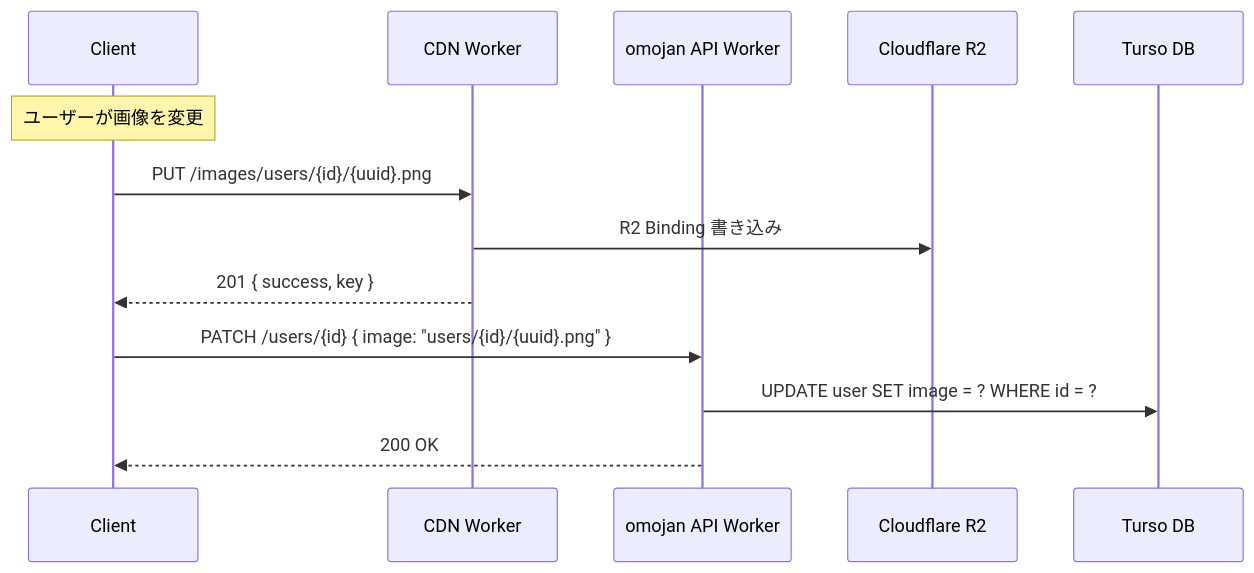
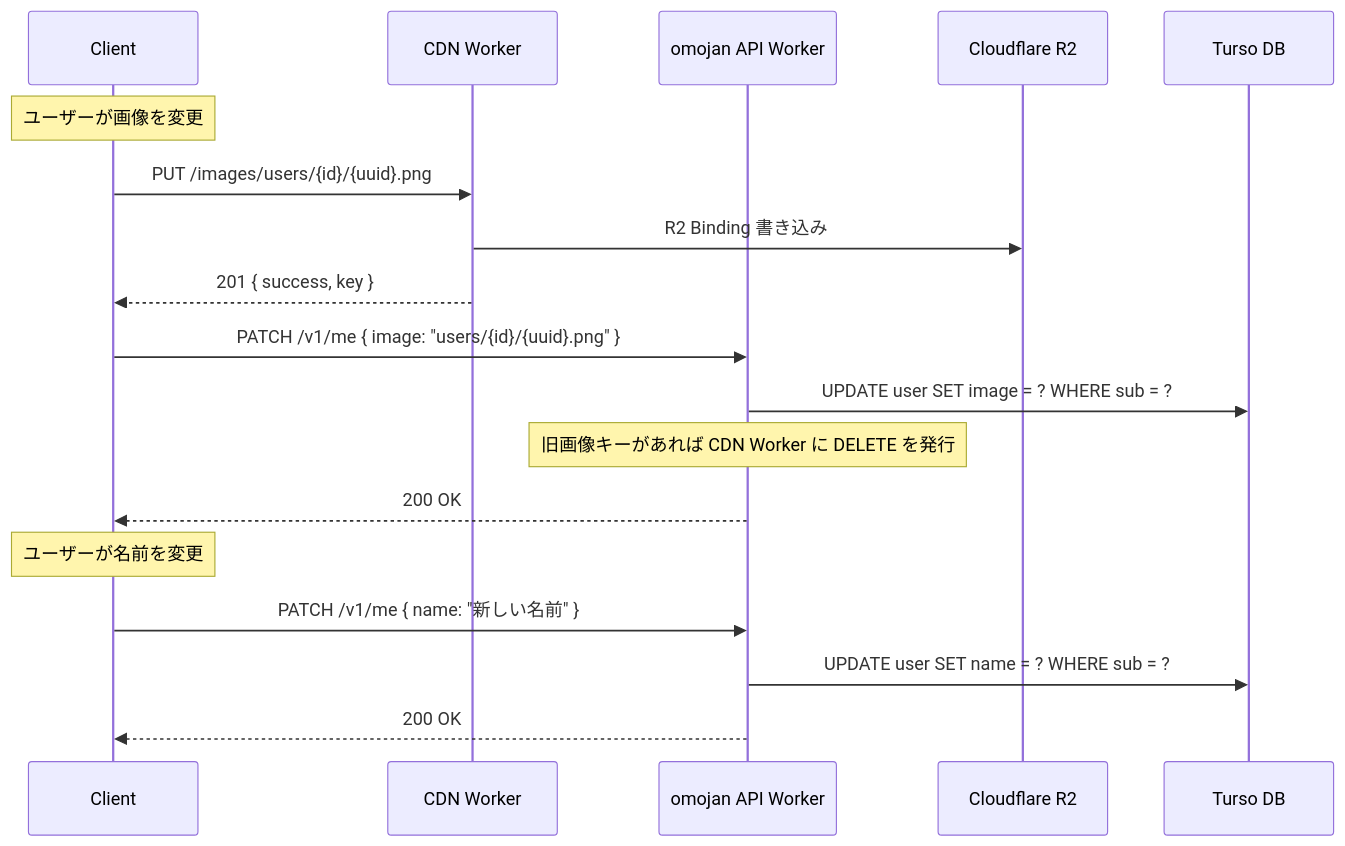
One commit to sendo-kakeru/omojan changed the second of 2 diagrams in docs/design-docs/image-infrastructure.md. Above: the diagram before and after it, drawn with Mermaid. The commit also changed other lines of this file and 8 other files, not shown here.

````diff
--- a/docs/design-docs/image-infrastructure.md
+++ b/docs/design-docs/image-infrastructure.md
@@ -368,18 +381,25 @@
 ```mermaid
 sequenceDiagram
     participant C as Client
     participant CDN as CDN Worker
     participant API as omojan API Worker
     participant R2 as Cloudflare R2
     participant DB as Turso DB
 
     Note over C: ユーザーが画像を変更
 
     C->>CDN: PUT /images/users/{id}/{uuid}.png
     CDN->>R2: R2 Binding 書き込み
     CDN-->>C: 201 { success, key }
 
-    C->>API: PATCH /users/{id} { image: "users/{id}/{uuid}.png" }
-    API->>DB: UPDATE user SET image = ? WHERE id = ?
+    C->>API: PATCH /v1/me { image: "users/{id}/{uuid}.png" }
+    API->>DB: UPDATE user SET image = ? WHERE sub = ?
+    Note over API: 旧画像キーがあれば CDN Worker に DELETE を発行
+    API-->>C: 200 OK
+
+    Note over C: ユーザーが名前を変更
+
+    C->>API: PATCH /v1/me { name: "新しい名前" }
+    API->>DB: UPDATE user SET name = ? WHERE sub = ?
     API-->>C: 200 OK
 ```
````
